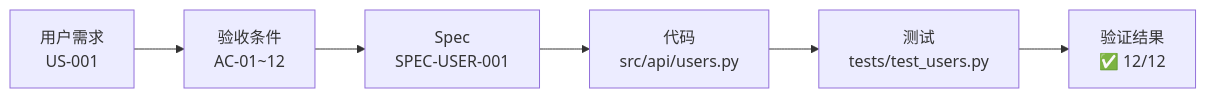
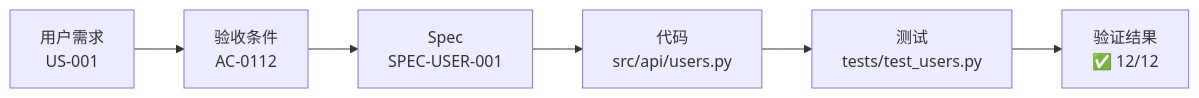
The fifth of 8 diagrams in sdd-learning-path/06-Verify验证/02-基于规范的验证策略.md (keyuanweb/ai-learning-path), drawn with Mermaid before and after one commit. The commit also changed other lines of this file and 2 other files, not shown here.

````diff
--- a/sdd-learning-path/06-Verify验证/02-基于规范的验证策略.md
+++ b/sdd-learning-path/06-Verify验证/02-基于规范的验证策略.md
@@ -191,8 +191,8 @@
 ```mermaid
 flowchart LR
-  req["用户需求<br/>US-001"] --> ac["验收条件<br/>AC-01~12"]
+  req["用户需求<br/>US-001"] --> ac["验收条件<br/>AC-0112"]
   ac --> spec["Spec<br/>SPEC-USER-001"]
   spec --> code["代码<br/>src/api/users.py"]
   code --> test["测试<br/>tests/test_users.py"]
   test --> result["验证结果<br/>✅ 12/12"]
 ```
````
